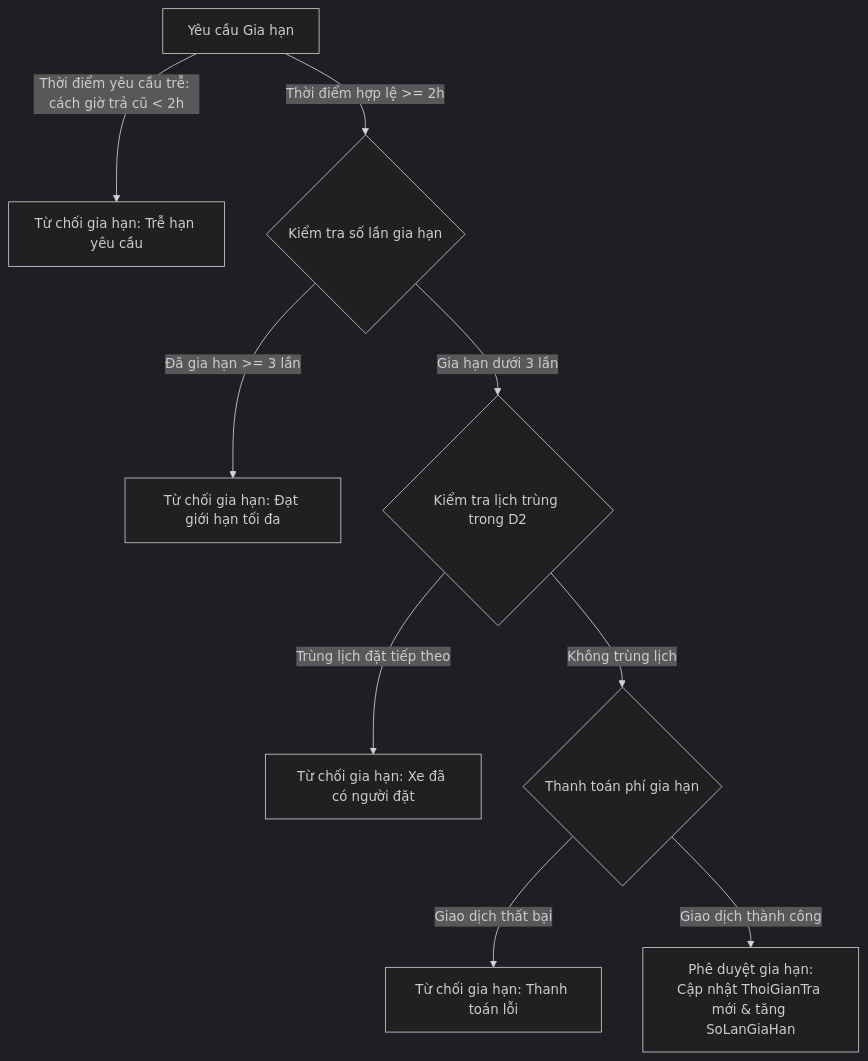
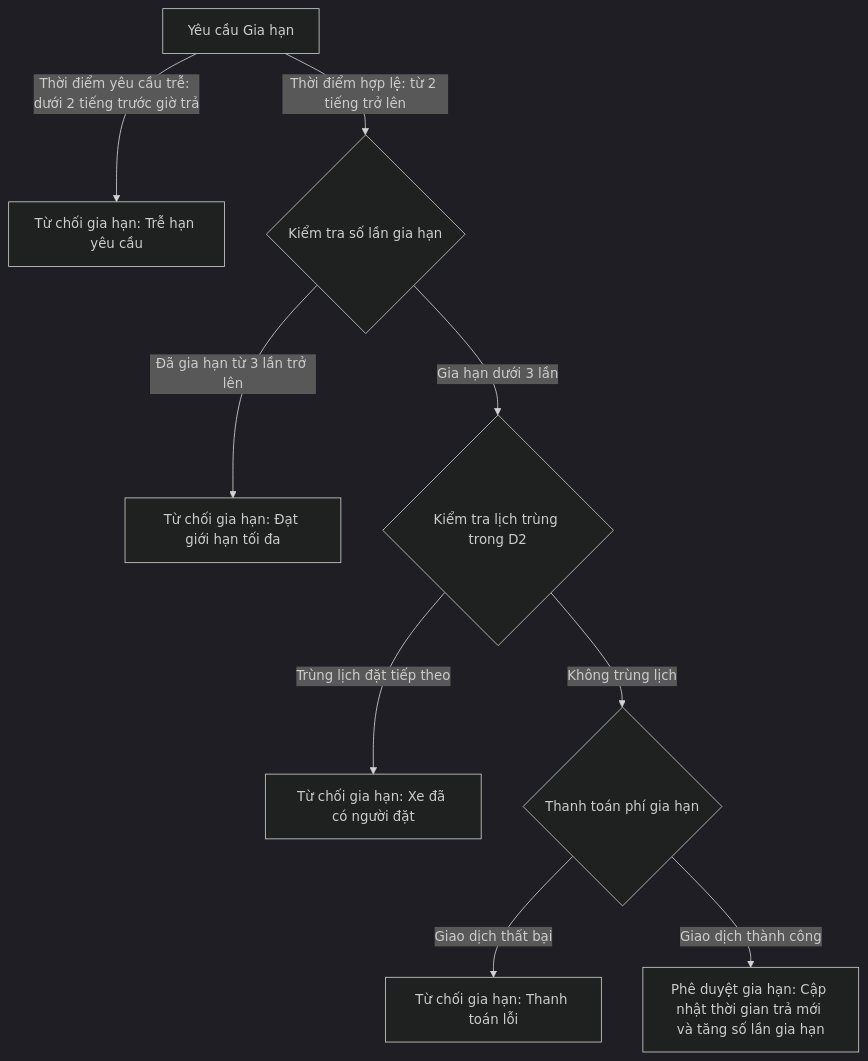
Diagram 12 of 16 in docs/BaoCao_DeTaiNhom_PTTKHT.md (Vqd2k6/SAD-UTH), drawn with Mermaid (dark theme) before and after one commit. The commit also changed other lines of this file and 1 other file, not shown here.

Commit message:
docs: fix Mermaid syntax errors in decision trees and add missing early return decision tree

````diff
--- a/docs/BaoCao_DeTaiNhom_PTTKHT.md
+++ b/docs/BaoCao_DeTaiNhom_PTTKHT.md
@@ -1674,11 +1675,11 @@
 ```mermaid
 graph TD
-    A["Yêu cầu Gia hạn"] -->|Thời điểm yêu cầu trễ: cách giờ trả cũ < 2h| B["Từ chối gia hạn: Trễ hạn yêu cầu"]
-    A -->|Thời điểm hợp lệ >= 2h| C{"Kiểm tra số lần gia hạn"}
-    C -->|Đã gia hạn >= 3 lần| D["Từ chối gia hạn: Đạt giới hạn tối đa"]
-    C -->|Gia hạn dưới 3 lần| E{"Kiểm tra lịch trùng trong D2"}
+    A["Yêu cầu Gia hạn"] -->|"Thời điểm yêu cầu trễ: dưới 2 tiếng trước giờ trả"| B["Từ chối gia hạn: Trễ hạn yêu cầu"]
+    A -->|"Thời điểm hợp lệ: từ 2 tiếng trở lên"| C{"Kiểm tra số lần gia hạn"}
+    C -->|"Đã gia hạn từ 3 lần trở lên"| D["Từ chối gia hạn: Đạt giới hạn tối đa"]
+    C -->|"Gia hạn dưới 3 lần"| E{"Kiểm tra lịch trùng trong D2"}
     E -->|Trùng lịch đặt tiếp theo| F["Từ chối gia hạn: Xe đã có người đặt"]
     E -->|Không trùng lịch| G{"Thanh toán phí gia hạn"}
     G -->|Giao dịch thất bại| H["Từ chối gia hạn: Thanh toán lỗi"]
-    G -->|Giao dịch thành công| I["Phê duyệt gia hạn:<br>Cập nhật ThoiGianTra mới & tăng SoLanGiaHan"]
+    G -->|Giao dịch thành công| I["Phê duyệt gia hạn: Cập nhật thời gian trả mới và tăng số lần gia hạn"]
 ```
````
